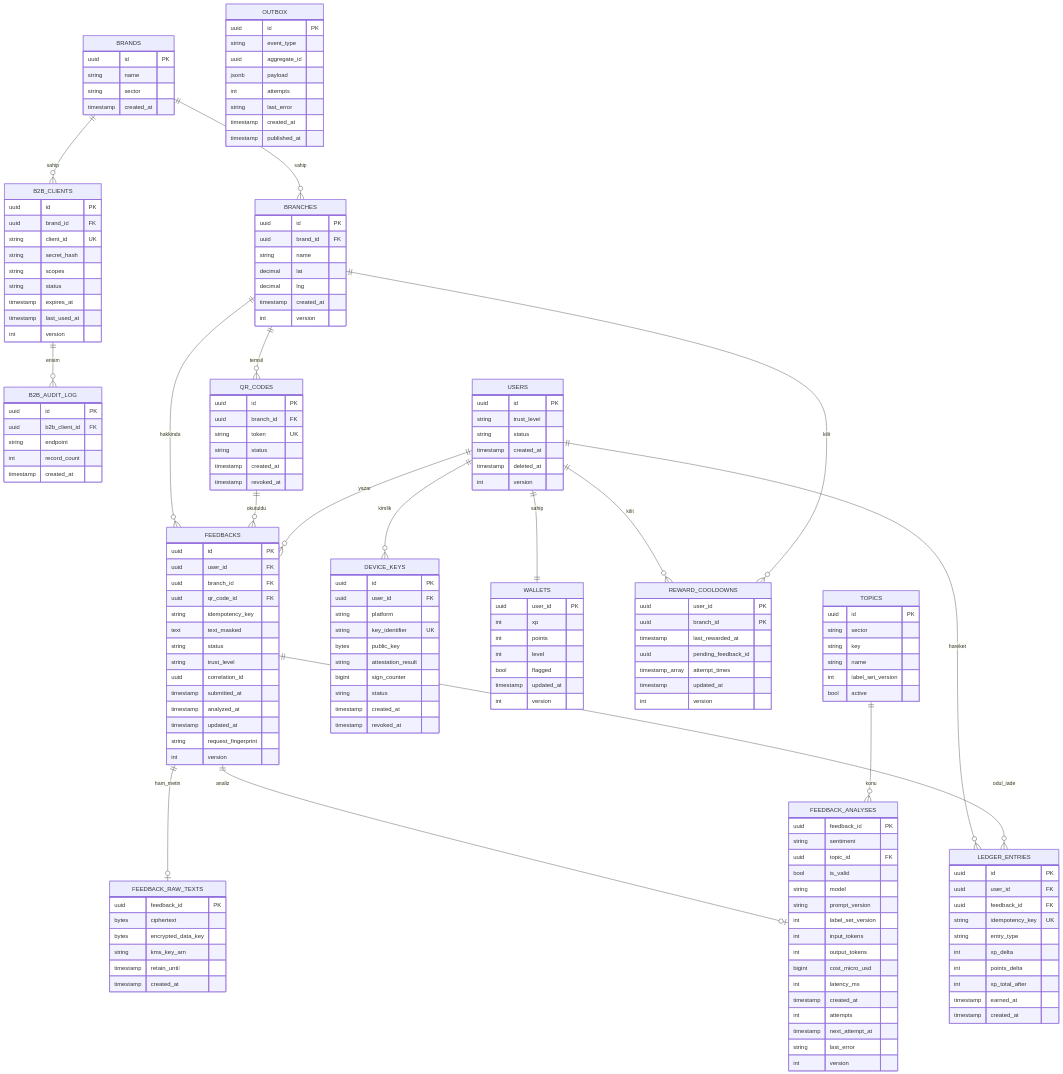
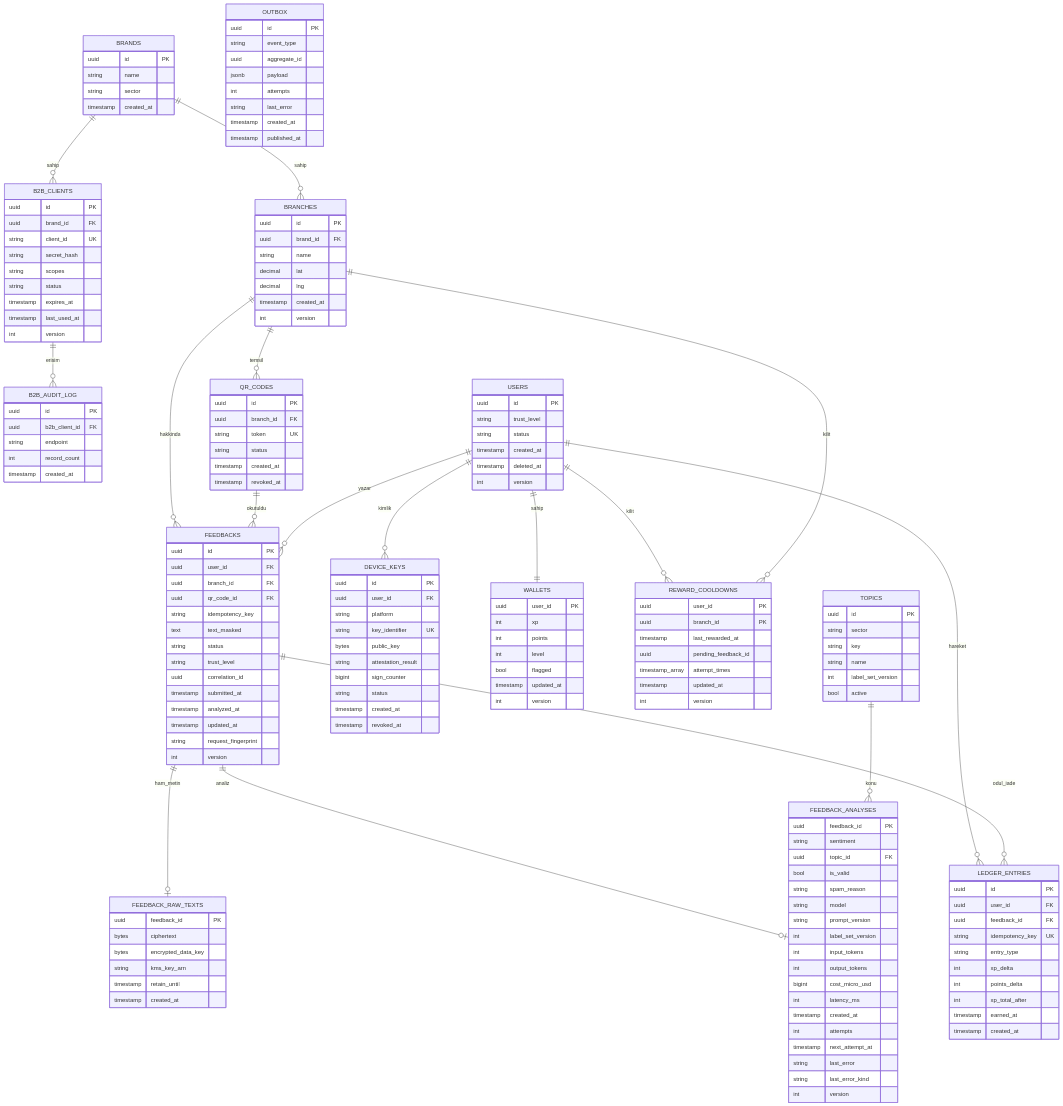
Before and after one commit to dev-murchi/gemified-feedback-loyalty-project-demo: the second of 3 diagrams in docs/02-yazilim-tasarim-dokumani-SDD.md, drawn with Mermaid. The commit also changed other lines of this file and 8 other files, not shown here.

```diff
--- a/docs/02-yazilim-tasarim-dokumani-SDD.md
+++ b/docs/02-yazilim-tasarim-dokumani-SDD.md
@@ -278,6 +278,7 @@
     string sentiment
     uuid topic_id FK
     bool is_valid
+    string spam_reason
     string model
     string prompt_version
     int label_set_version
@@ -289,6 +290,7 @@
     int attempts
     timestamp next_attempt_at
     string last_error
+    string last_error_kind
     int version
   }
   TOPICS {
```
